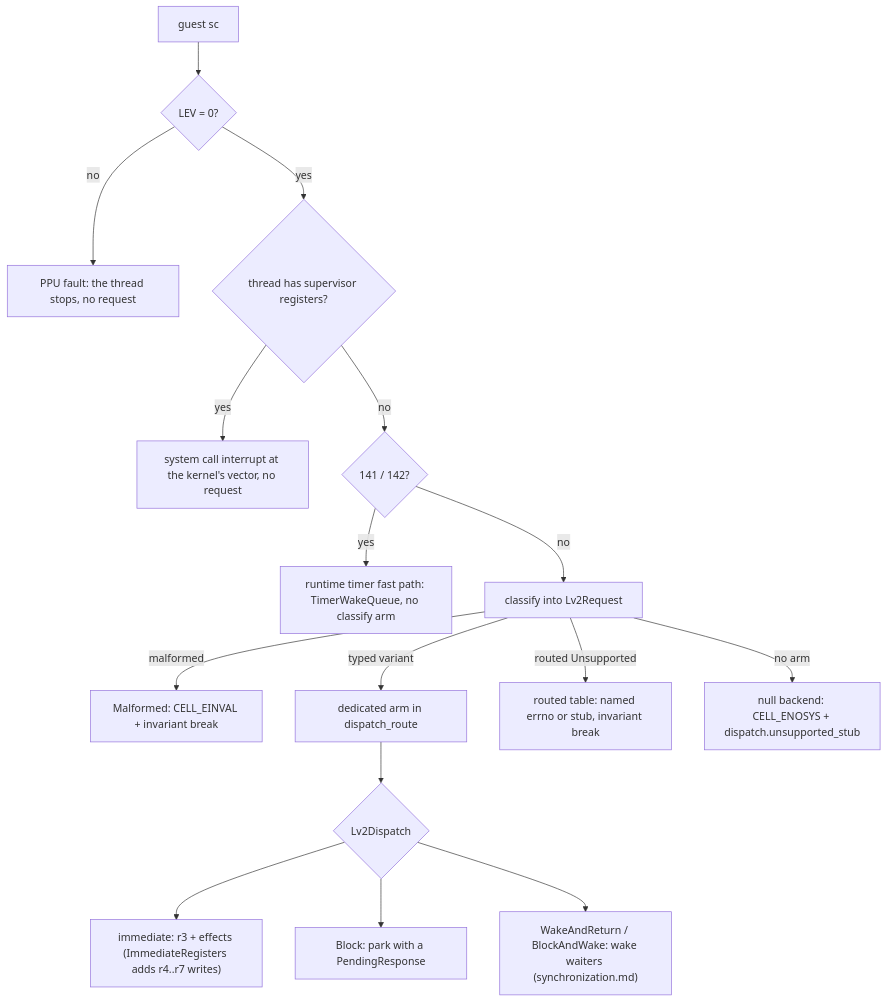
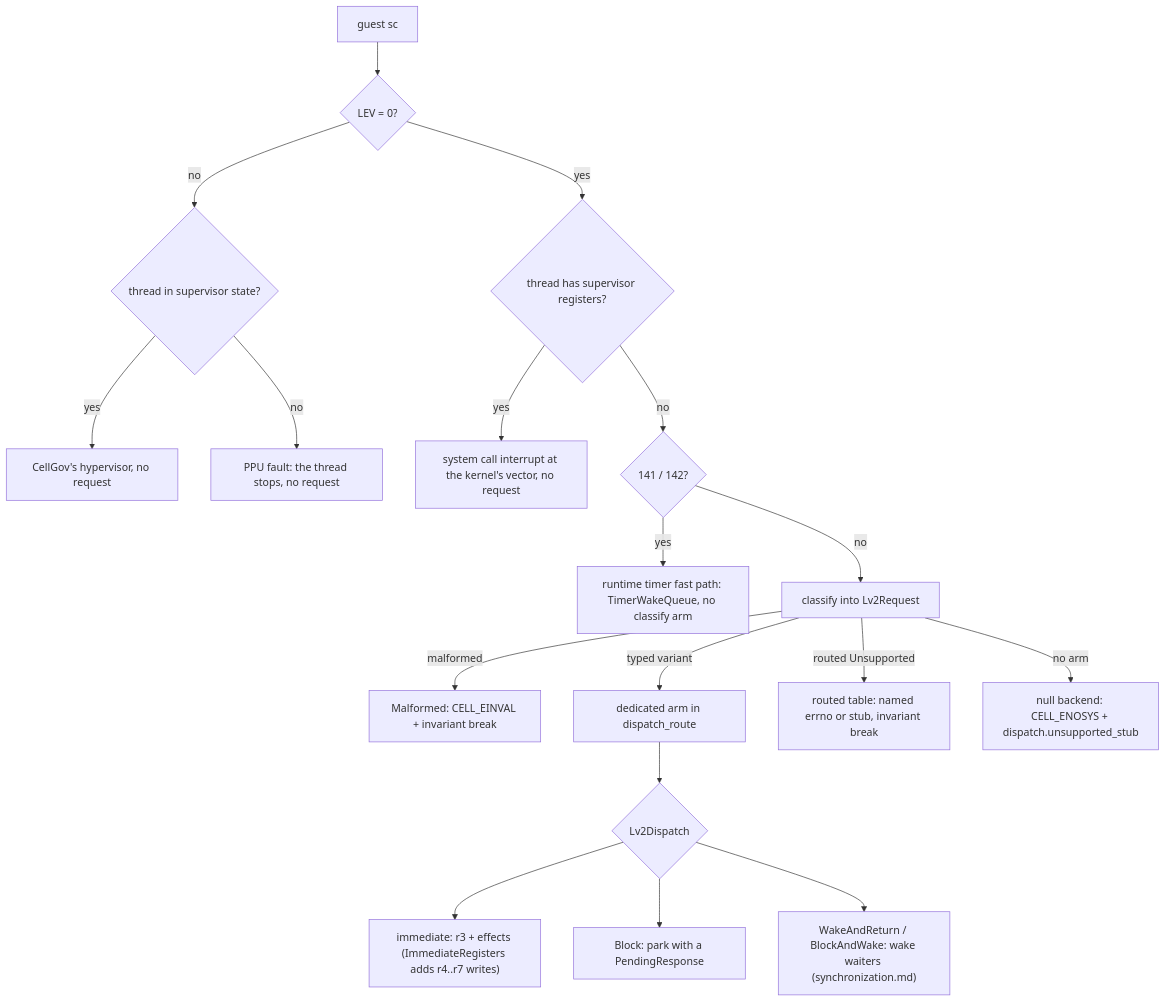
The first of 4 diagrams in docs/architecture/lv2_host.md (RoyalAce22/CellGov), drawn with Mermaid before and after one commit. The commit also changed other lines of this file and 94 other files, not shown here.

Commit message:
feat(lv2): answer the kernel's LV1 hypercalls in CellGov's hypervisor

````diff
--- a/docs/architecture/lv2_host.md
+++ b/docs/architecture/lv2_host.md
@@ -14,18 +14,20 @@
 ```mermaid
 flowchart TD
   sc["guest sc"] --> lev{"LEV = 0?"}
-  lev -->|no| hyp["PPU fault: the thread stops, no request"]
+  lev -->|no| hvs{"thread in supervisor state?"}
+  hvs -->|yes| hv["CellGov's hypervisor, no request"]
+  hvs -->|no| hyp["PPU fault: the thread stops, no request"]
   lev -->|yes| sup{"thread has supervisor registers?"}
   sup -->|yes| vec["system call interrupt at the kernel's vector, no request"]
   sup -->|no| timer{"141 / 142?"}
   timer -->|yes| fast["runtime timer fast path: TimerWakeQueue, no classify arm"]
   timer -->|no| classify["classify into Lv2Request"]
   classify -->|malformed| mal["Malformed: CELL_EINVAL + invariant break"]
   classify -->|typed variant| arm["dedicated arm in dispatch_route"]
   classify -->|routed Unsupported| routed["routed table: named errno or stub, invariant break"]
   classify -->|no arm| null["null backend: CELL_ENOSYS + dispatch.unsupported_stub"]
   arm --> disp{"Lv2Dispatch"}
   disp --> imm["immediate: r3 + effects (ImmediateRegisters adds r4..r7 writes)"]
   disp --> blk["Block: park with a PendingResponse"]
   disp --> wk["WakeAndReturn / BlockAndWake: wake waiters (synchronization.md)"]
 ```
````
